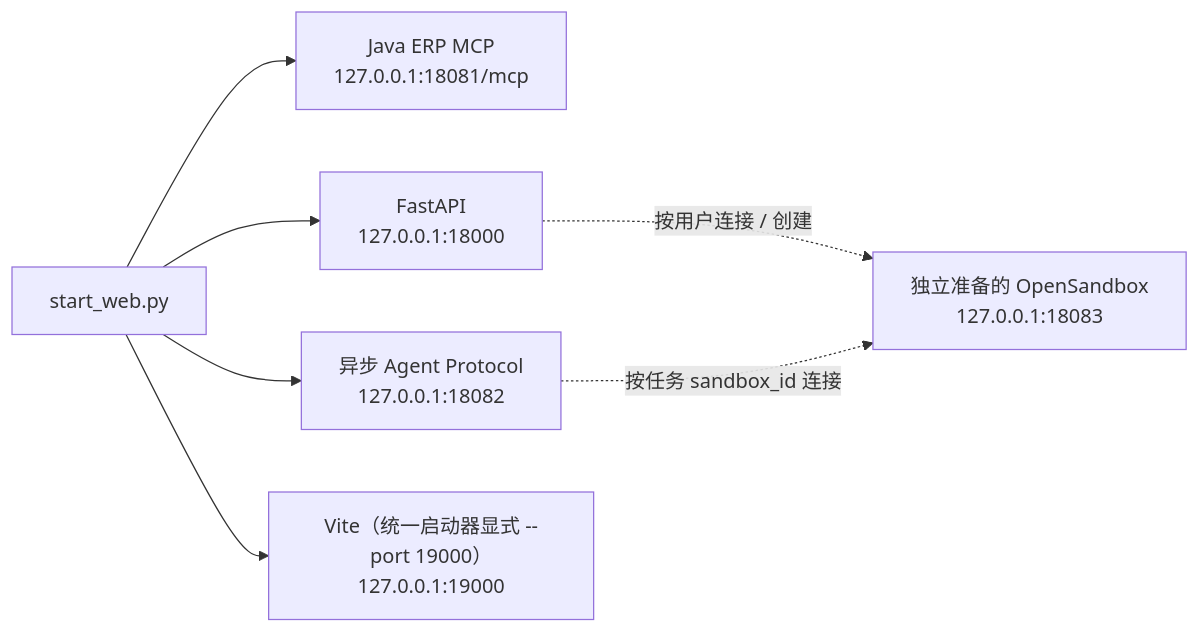
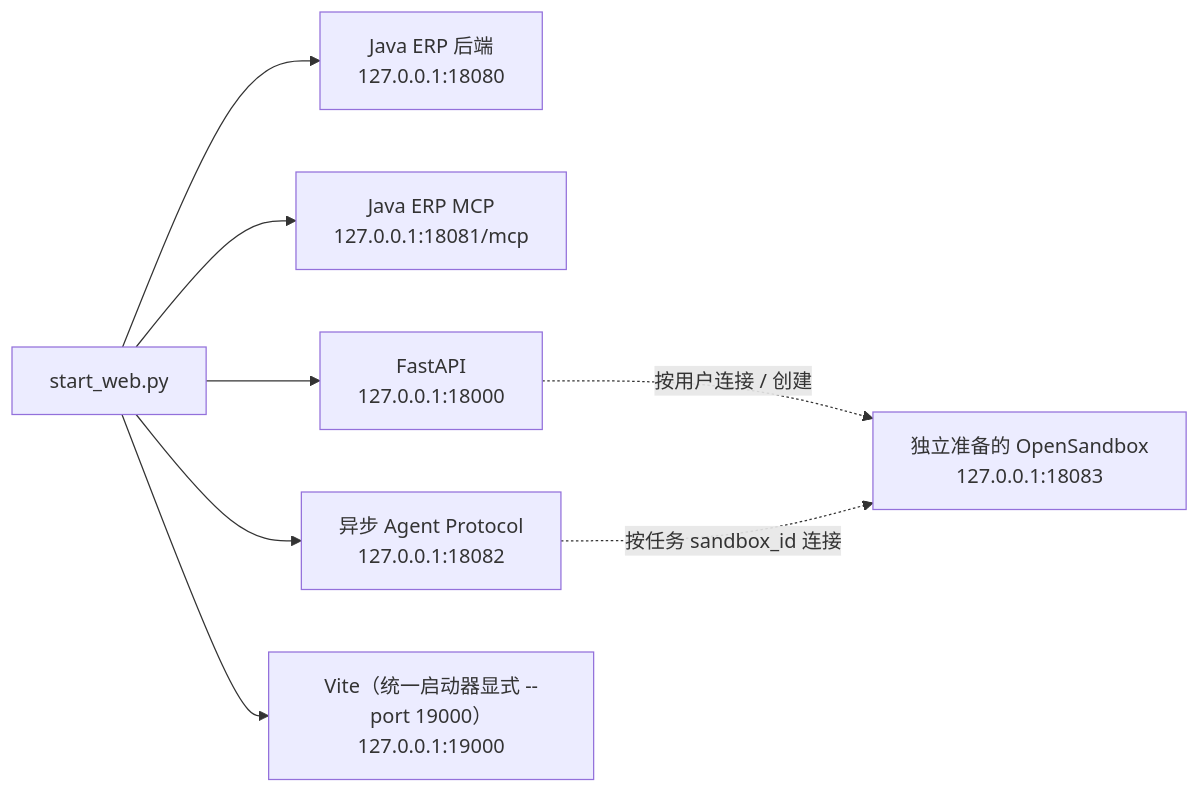
The second of 48 diagrams in readme.md (greenC2h/HarnessEngineering-DeepAgent-JavaERP-OpenSandbox-MultiAgent), drawn with Mermaid before and after one commit. The commit also changed other lines of this file and 71 other files, not shown here.

````diff
--- a/readme.md
+++ b/readme.md
@@ -34,10 +35,11 @@
 ```mermaid
 flowchart LR
     START["start_web.py"]
+    START --> JAVA["Java ERP 后端<br/>127.0.0.1:18080"]
     START --> MCP["Java ERP MCP<br/>127.0.0.1:18081/mcp"]
     START --> ASYNC["异步 Agent Protocol<br/>127.0.0.1:18082"]
     START --> API["FastAPI<br/>127.0.0.1:18000"]
     START --> FRONTEND["Vite（统一启动器显式 --port 19000）<br/>127.0.0.1:19000"]
     API -. 按用户连接 / 创建 .-> SB["独立准备的 OpenSandbox<br/>127.0.0.1:18083"]
     ASYNC -. 按任务 sandbox_id 连接 .-> SB
 ```
````
